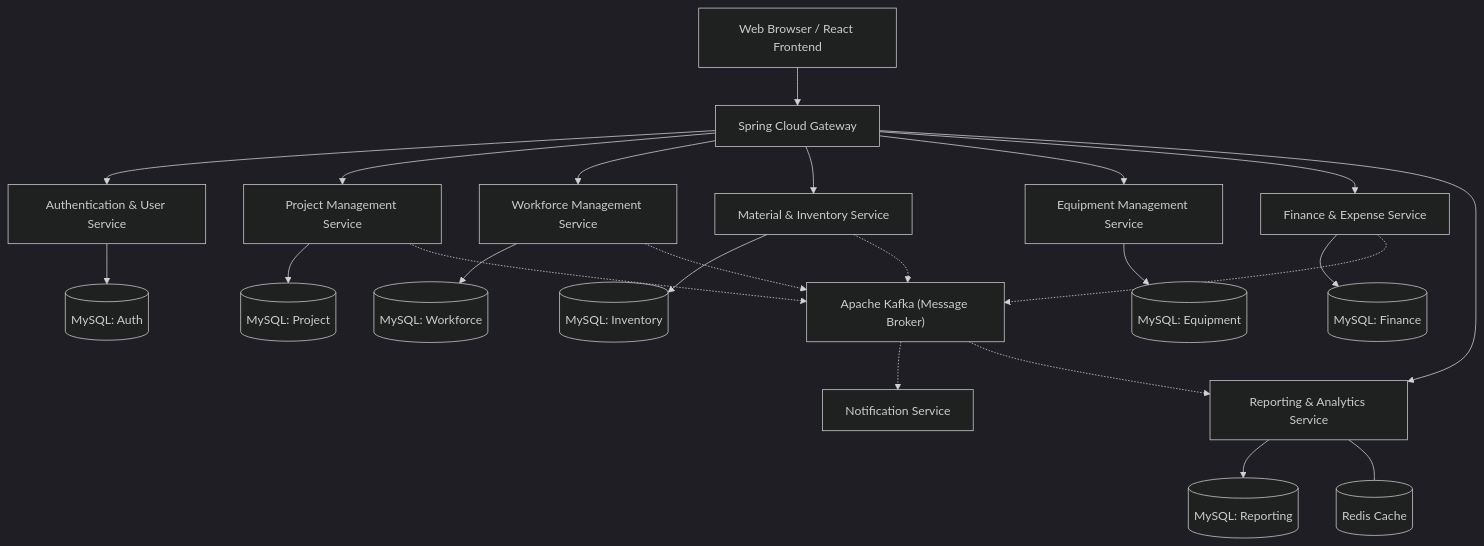
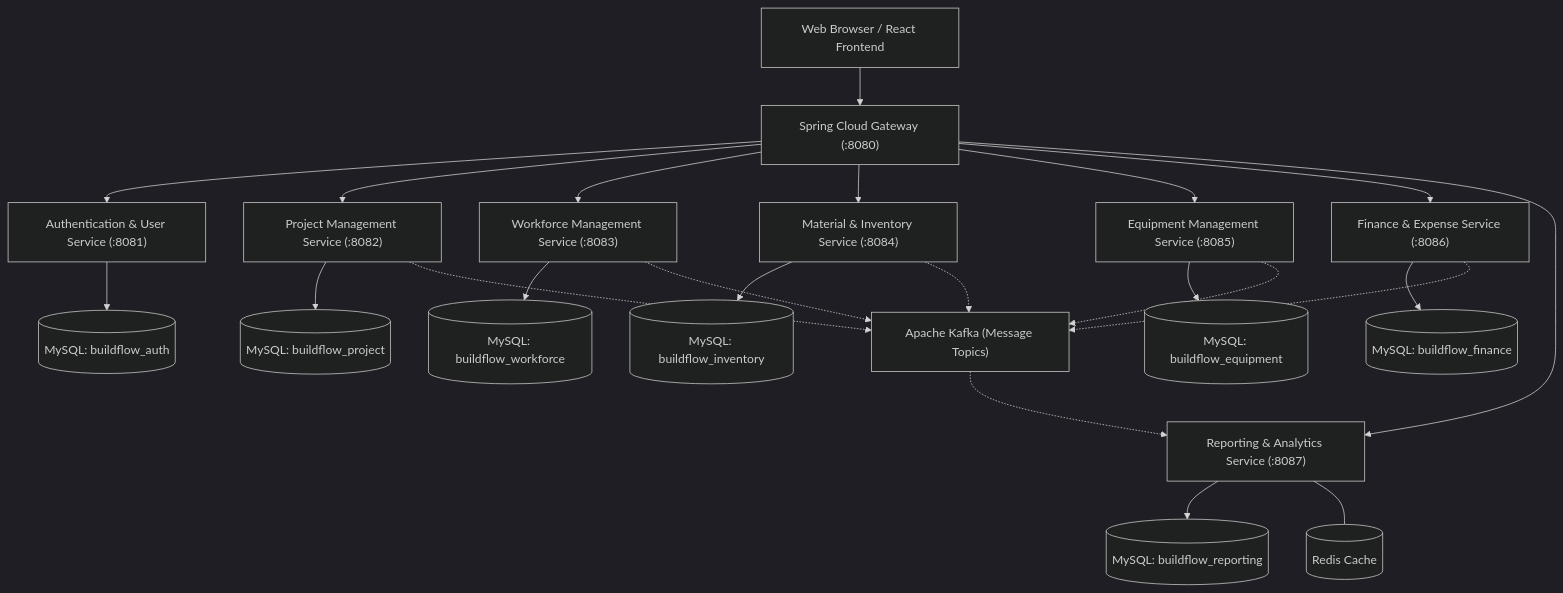
One commit to sushmitha-katika-dev/build-flow changed the second of 6 diagrams in docs/03_ARCHITECTURE.md. Above: the diagram before and after it, drawn with Mermaid (dark theme). The commit also changed other lines of this file and 8 other files, not shown here.

````diff
--- a/docs/03_ARCHITECTURE.md
+++ b/docs/03_ARCHITECTURE.md
@@ -19,32 +19,32 @@
 ```mermaid
 graph TD
-    Client["Web Browser / React Frontend"] --> APIGateway["Spring Cloud Gateway"]
+    Client["Web Browser / React Frontend"] --> APIGateway["Spring Cloud Gateway (:8080)"]
     
-    APIGateway --> AuthService["Authentication & User Service"]
-    APIGateway --> ProjService["Project Management Service"]
-    APIGateway --> WorkService["Workforce Management Service"]
-    APIGateway --> InvService["Material & Inventory Service"]
-    APIGateway --> EquipService["Equipment Management Service"]
-    APIGateway --> FinService["Finance & Expense Service"]
-    APIGateway --> RepService["Reporting & Analytics Service"]
+    APIGateway --> AuthService["Authentication & User Service (:8081)"]
+    APIGateway --> ProjService["Project Management Service (:8082)"]
+    APIGateway --> WorkService["Workforce Management Service (:8083)"]
+    APIGateway --> InvService["Material & Inventory Service (:8084)"]
+    APIGateway --> EquipService["Equipment Management Service (:8085)"]
+    APIGateway --> FinService["Finance & Expense Service (:8086)"]
+    APIGateway --> RepService["Reporting & Analytics Service (:8087)"]
     
-    AuthService --> DBAuth[("MySQL: Auth")]
-    ProjService --> DBProj[("MySQL: Project")]
-    WorkService --> DBWork[("MySQL: Workforce")]
-    InvService --> DBInv[("MySQL: Inventory")]
-    EquipService --> DBEquip[("MySQL: Equipment")]
-    FinService --> DBFin[("MySQL: Finance")]
-    RepService --> DBRep[("MySQL: Reporting")]
+    AuthService --> DBAuth[("MySQL: buildflow_auth")]
+    ProjService --> DBProj[("MySQL: buildflow_project")]
+    WorkService --> DBWork[("MySQL: buildflow_workforce")]
+    InvService --> DBInv[("MySQL: buildflow_inventory")]
+    EquipService --> DBEquip[("MySQL: buildflow_equipment")]
+    FinService --> DBFin[("MySQL: buildflow_finance")]
+    RepService --> DBRep[("MySQL: buildflow_reporting")]
 
     %% Event-Driven Data Flow
-    ProjService -.-> Kafka["Apache Kafka (Message Broker)"]
+    ProjService -.-> Kafka["Apache Kafka (Message Topics)"]
     WorkService -.-> Kafka
     InvService -.-> Kafka
+    EquipService -.-> Kafka
     FinService -.-> Kafka
     
-    Kafka -.-> NotifService["Notification Service"]
     Kafka -.-> RepService
     
     %% Caching Layer
     RepService --- Redis[("Redis Cache")]
 ```
````
